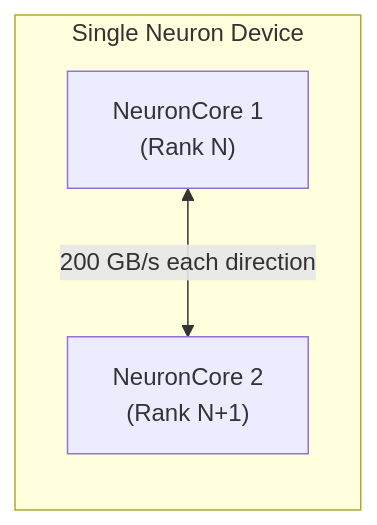
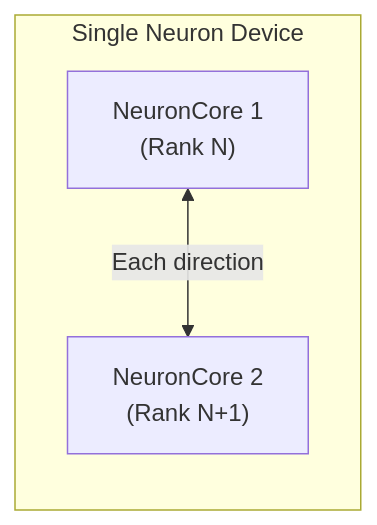
One commit to littlemex/zenn changed the fourth of 8 diagrams in articles/e71b12d2e9ba33.md. Above: the diagram before and after it, drawn with Mermaid. The commit also changed other lines of this file, not shown here.

````diff
--- a/articles/e71b12d2e9ba33.md
+++ b/articles/e71b12d2e9ba33.md
@@ -143,8 +143,8 @@
 ```mermaid
 graph LR
     subgraph "Single Neuron Device"
         NC1["NeuronCore 1<br/>(Rank N)"]
         NC2["NeuronCore 2<br/>(Rank N+1)"]
-        NC1 <-->|"200 GB/s each direction"| NC2
+        NC1 <-->|"Each direction"| NC2
     end
 ```
````
